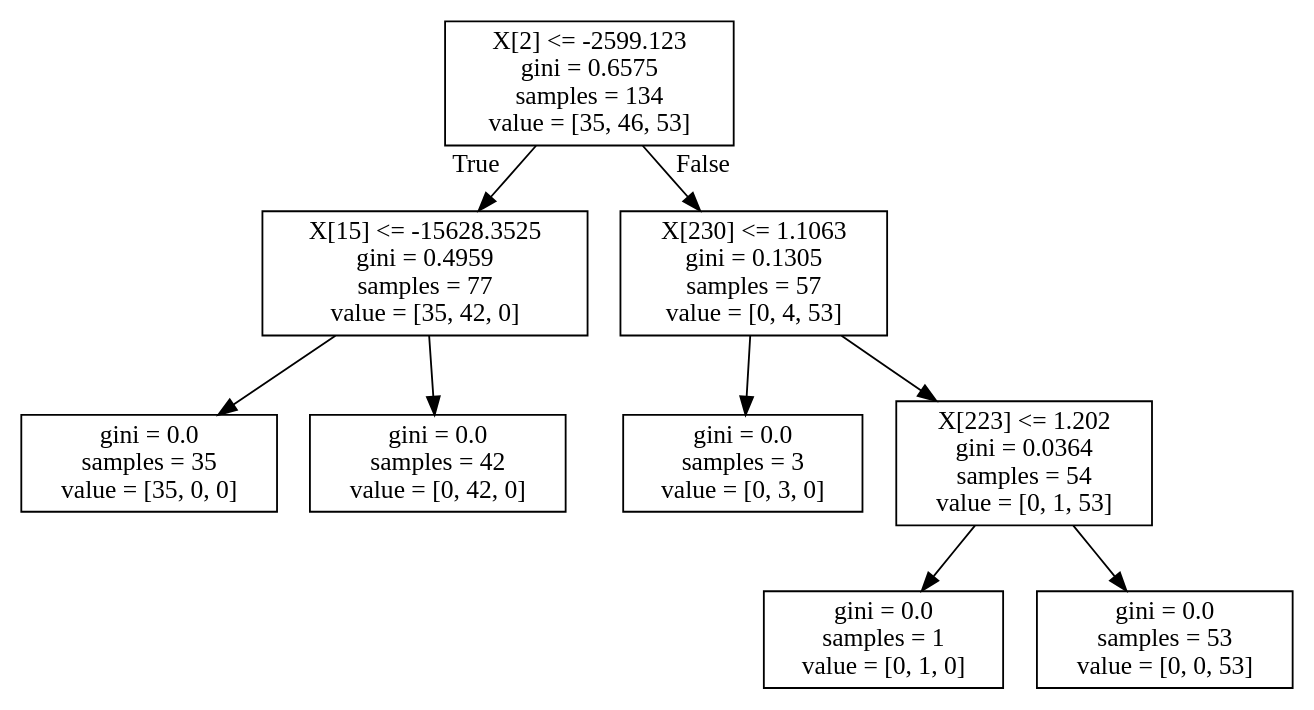
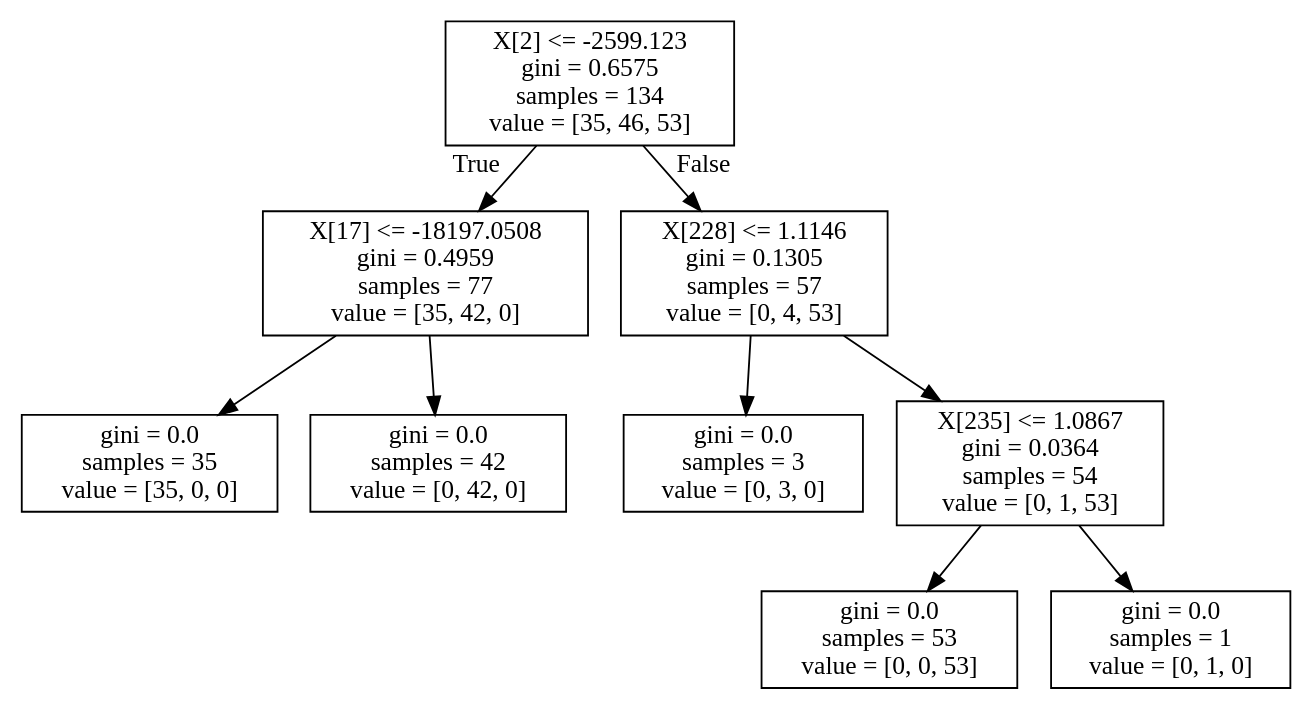
The diagram in image_files/tree.dot (dog-vocalization/dog-vocalization), drawn with Graphviz before and after one commit. The commit also changed 2 other files, not shown here.

```diff
--- a/image_files/tree.dot
+++ b/image_files/tree.dot
@@ -1,20 +1,20 @@
 digraph Tree {
 node [shape=box] ;
 0 [label="X[2] <= -2599.123\ngini = 0.6575\nsamples = 134\nvalue = [35, 46, 53]"] ;
-1 [label="X[15] <= -15628.3525\ngini = 0.4959\nsamples = 77\nvalue = [35, 42, 0]"] ;
+1 [label="X[17] <= -18197.0508\ngini = 0.4959\nsamples = 77\nvalue = [35, 42, 0]"] ;
 0 -> 1 [labeldistance=2.5, labelangle=45, headlabel="True"] ;
 2 [label="gini = 0.0\nsamples = 35\nvalue = [35, 0, 0]"] ;
 1 -> 2 ;
 3 [label="gini = 0.0\nsamples = 42\nvalue = [0, 42, 0]"] ;
 1 -> 3 ;
-4 [label="X[230] <= 1.1063\ngini = 0.1305\nsamples = 57\nvalue = [0, 4, 53]"] ;
+4 [label="X[228] <= 1.1146\ngini = 0.1305\nsamples = 57\nvalue = [0, 4, 53]"] ;
 0 -> 4 [labeldistance=2.5, labelangle=-45, headlabel="False"] ;
 5 [label="gini = 0.0\nsamples = 3\nvalue = [0, 3, 0]"] ;
 4 -> 5 ;
-6 [label="X[223] <= 1.202\ngini = 0.0364\nsamples = 54\nvalue = [0, 1, 53]"] ;
+6 [label="X[235] <= 1.0867\ngini = 0.0364\nsamples = 54\nvalue = [0, 1, 53]"] ;
 4 -> 6 ;
-7 [label="gini = 0.0\nsamples = 1\nvalue = [0, 1, 0]"] ;
+7 [label="gini = 0.0\nsamples = 53\nvalue = [0, 0, 53]"] ;
 6 -> 7 ;
-8 [label="gini = 0.0\nsamples = 53\nvalue = [0, 0, 53]"] ;
+8 [label="gini = 0.0\nsamples = 1\nvalue = [0, 1, 0]"] ;
 6 -> 8 ;
 }
```
